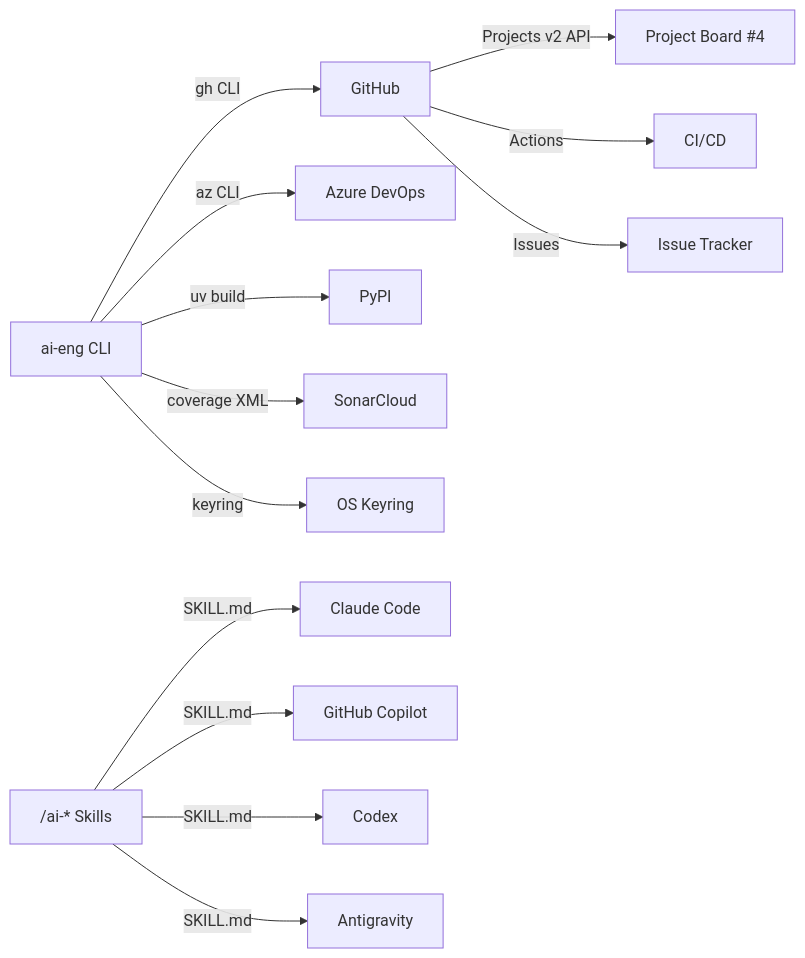
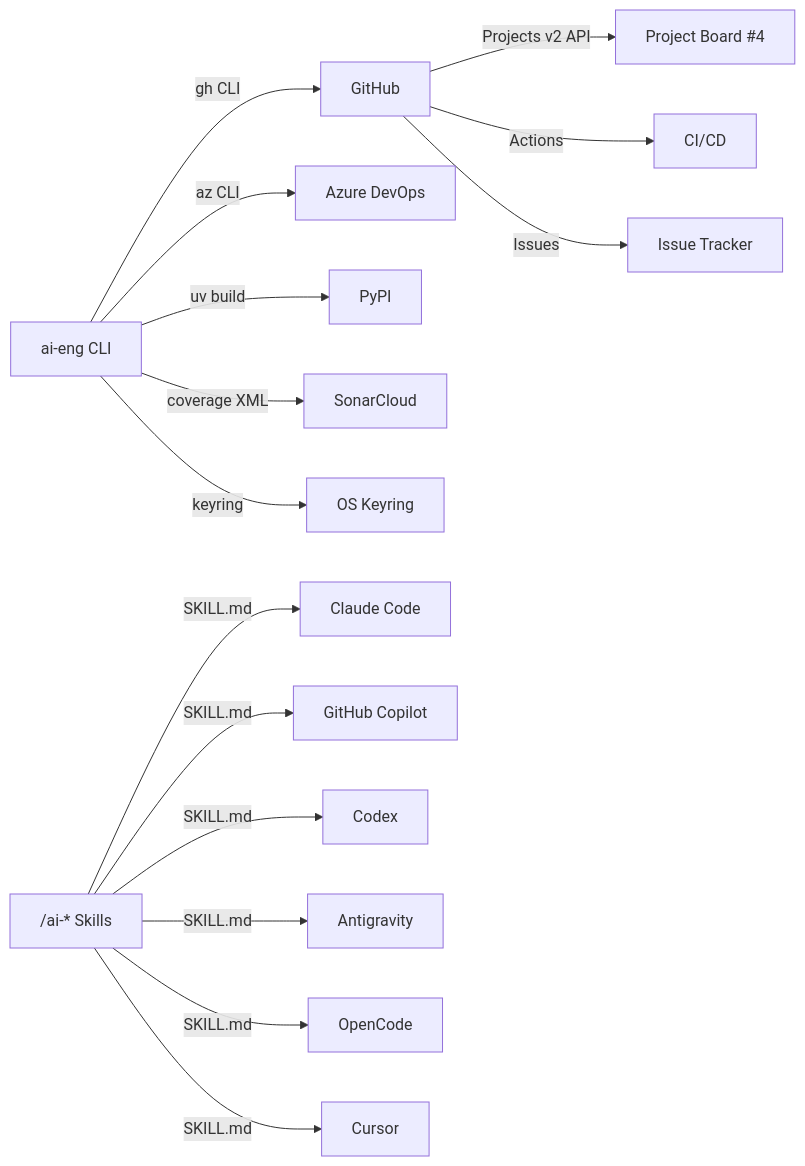
One commit to arcasilesgroup/ai-engineering changed the third of 10 diagrams in .ai-engineering/solution-intent.md. Above: the diagram before and after it, drawn with Mermaid. The commit also changed other lines of this file and 9 other files, not shown here.

````diff
--- a/.ai-engineering/solution-intent.md
+++ b/.ai-engineering/solution-intent.md
@@ -200,17 +200,19 @@
 ```mermaid
 flowchart LR
     CLI["ai-eng CLI"] -->|gh CLI| GitHub
     CLI -->|az CLI| AzDO["Azure DevOps"]
     CLI -->|uv build| PyPI
     CLI -->|coverage XML| SonarCloud
     CLI -->|keyring| OS["OS Keyring"]
 
     GitHub -->|Projects v2 API| Board["Project Board #4"]
     GitHub -->|Actions| CI["CI/CD"]
     GitHub -->|Issues| Tracker["Issue Tracker"]
 
     Skills["/ai-* Skills"] -->|SKILL.md| Claude["Claude Code"]
     Skills -->|SKILL.md| Copilot["GitHub Copilot"]
     Skills -->|SKILL.md| Codex
     Skills -->|SKILL.md| Antigravity
+    Skills -->|SKILL.md| OpenCode
+    Skills -->|SKILL.md| Cursor
 ```
````
